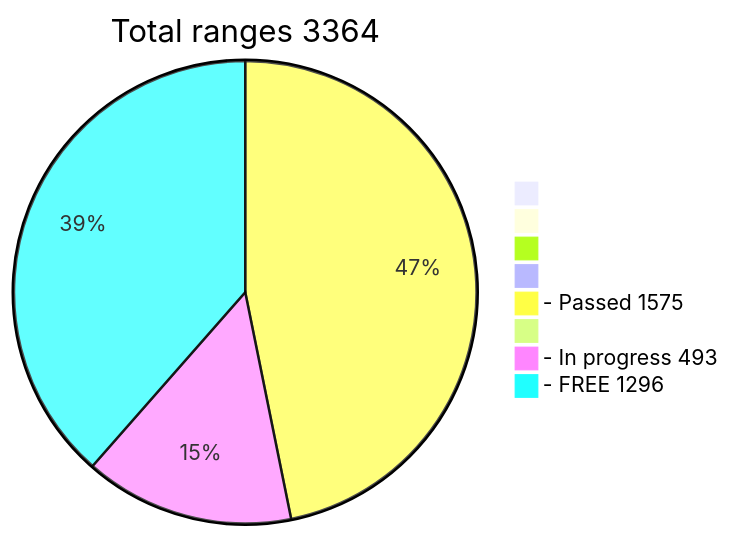
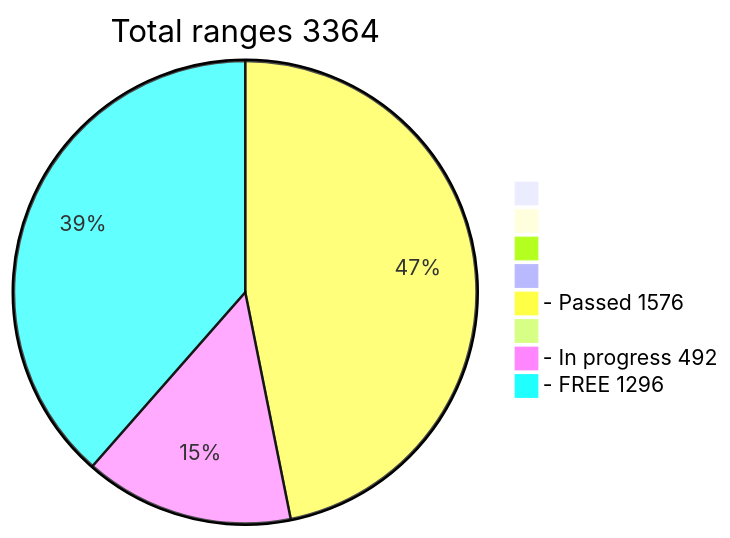
The diagram in README.md (phrutis/wif500), drawn with Mermaid before and after one commit.

````diff
--- a/README.md
+++ b/README.md
@@ -16,12 +16,12 @@
 ```mermaid
 pie title Total ranges 3364
              " " : 0
             "  " : 0
            "   " : 0
           "    " : 0
-  "- Passed 1575" : 1575
+  "- Passed 1576" : 1576
          "     " : 0
-  "- In progress 493" : 493
+  "- In progress 492" : 492
    "- FREE 1296" : 1296
    
 ```
````
